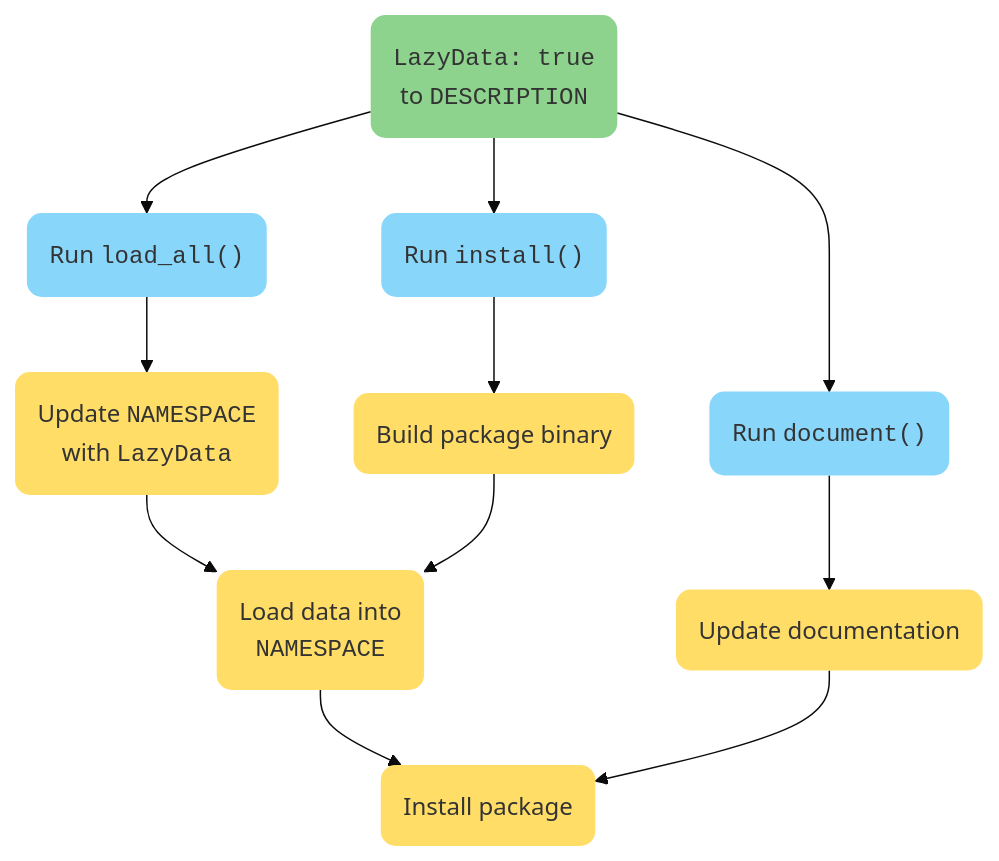
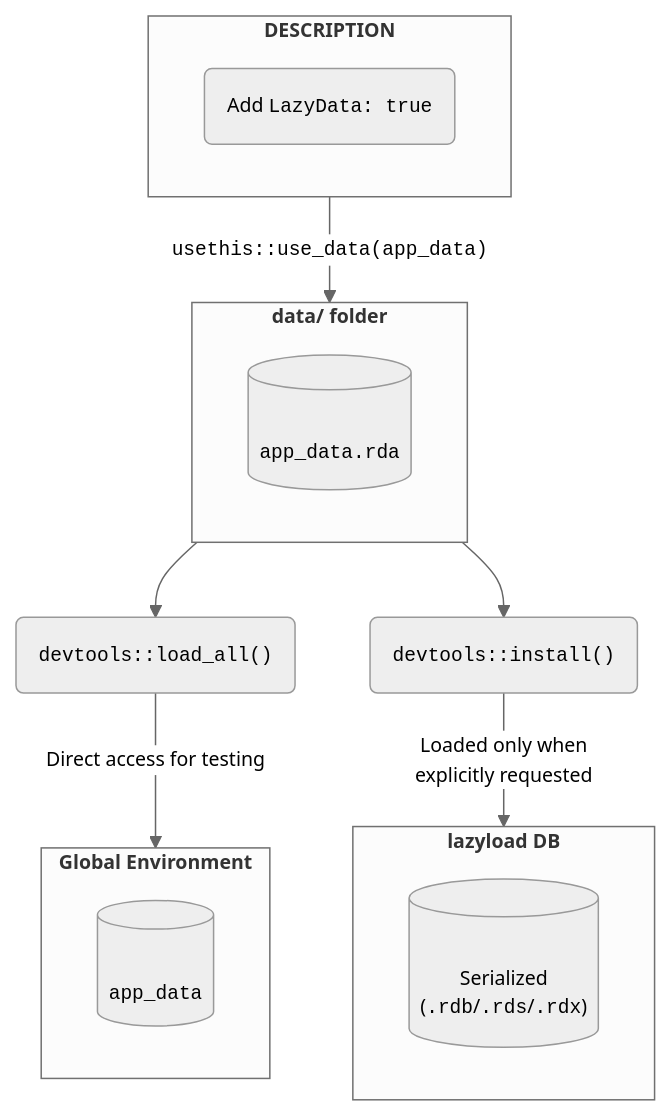
Before and after one commit to mjfrigaard/shiny-app-pkgs: the diagram in data.qmd, drawn with Mermaid. The commit also changed other lines of this file and 74 other files, not shown here.

````diff
--- a/data.qmd
+++ b/data.qmd
@@ -210,40 +206,26 @@
 ```{mermaid}
 %%| fig-align: center
 %%| fig-cap: 'LazyData field in the DESCRIPTION file'
-%%{init: {'theme': 'base', 'themeVariables': { 'fontFamily': 'monospace', 'primaryColor': '#33a02c', 'edgeLabelBackground':'#02577A'}}}%%
-
-flowchart
-  AddLazyData("<code>LazyData: true</code>
-              to <code>DESCRIPTION</code>")
-  LoadAll("Run <code>load_all()</code>")
-  Document("Run <code>document()</code>")
-  Install("Run <code>install()</code>")
-  UpdateNamespace("Update <code>NAMESPACE</code> 
-                   with <code>LazyData</code>")
-  BuildBinary("Build package binary")
-  LoadData("Load data into 
-            <code>NAMESPACE</code>")
-  UpdateDocs("Update documentation")
-  InstallPackage("Install package")
-
-  AddLazyData --> LoadAll
-  AddLazyData --> Document
-  AddLazyData --> Install
-  LoadAll --> UpdateNamespace
-  UpdateNamespace --> LoadData
-  Document --> UpdateDocs
-  Install --> BuildBinary
-  BuildBinary --> LoadData
-  LoadData --> InstallPackage
-  UpdateDocs --> InstallPackage
+%%{init: {'theme': 'neutral', 'themeVariables': { 'fontFamily': 'monospace', "fontSize":"13px"}}}%%
+flowchart TD
+    subgraph DESC["<strong>DESCRIPTION</strong>"]
+        LazyData("Add <code>LazyData: true</code>")
+    end
+    subgraph Data["<strong>data/ folder</strong>"]
+        app_data[("<br><code>app_data.rda</code>")]
+    end
+    subgraph Global["<strong>Global Environment</strong>"]
+        load_data[("<br><code>app_data</code>")]
+    end
+    subgraph Lazy["<strong>lazyload DB</strong>"]
+        app_data_lazy[("<br>Serialized<br> (<code>.rdb</code>/<code>.rds</code>/<code>.rdx</code>)")]
+    end
+    load("<code>devtools::load_all()</code>")
+    inst("<code>devtools::install()</code>")
+    
+    DESC -->|"<code>usethis::use_data(app_data)</code>"|Data
+    Data --> load & inst
+    load --> |"Direct access for testing"|Global
+    inst --> |"Loaded only when<br>explicitly requested"|Lazy
   
-  style AddLazyData fill:#8dd38d,stroke:none,rx:10,ry:10;
-  style LoadAll fill:#89D6FB,stroke:none,rx:10,ry:10;
-  style Document fill:#89D6FB,stroke:none,rx:10,ry:10;
-  style Install fill:#89D6FB,stroke:none,rx:10,ry:10;
-  style UpdateNamespace fill:#FFDD67,stroke:none,rx:10,ry:10;
-  style BuildBinary fill:#FFDD67,stroke:none,rx:10,ry:10;
-  style LoadData fill:#FFDD67,stroke:none,rx:10,ry:10;
-  style UpdateDocs fill:#FFDD67,stroke:none,rx:10,ry:10;
-  style InstallPackage fill:#FFDD67,stroke:none,rx:10,ry:10;
 ```
````
